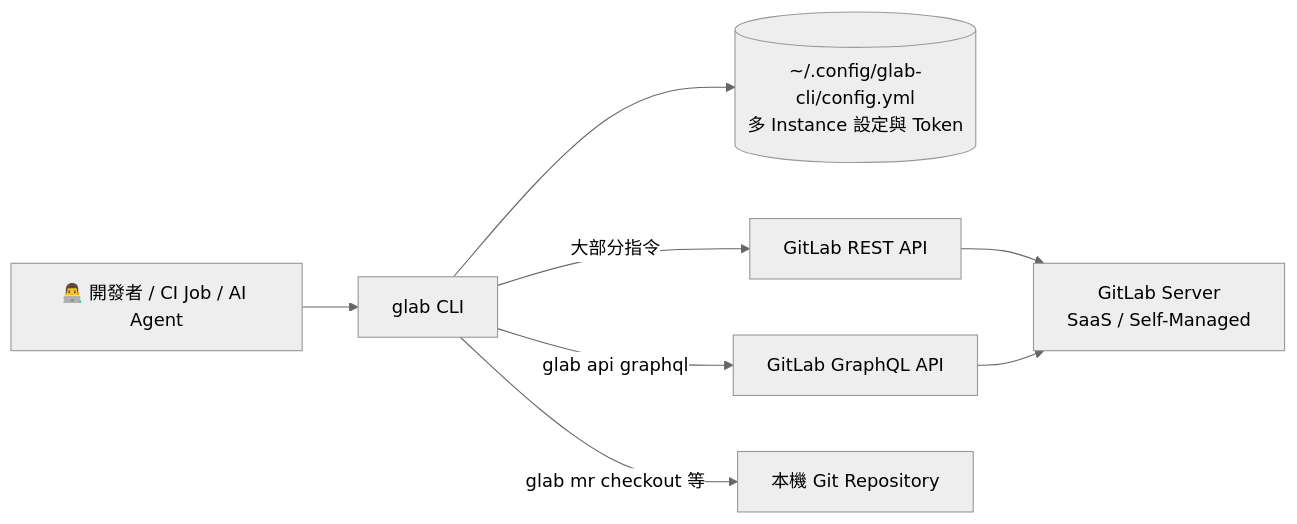
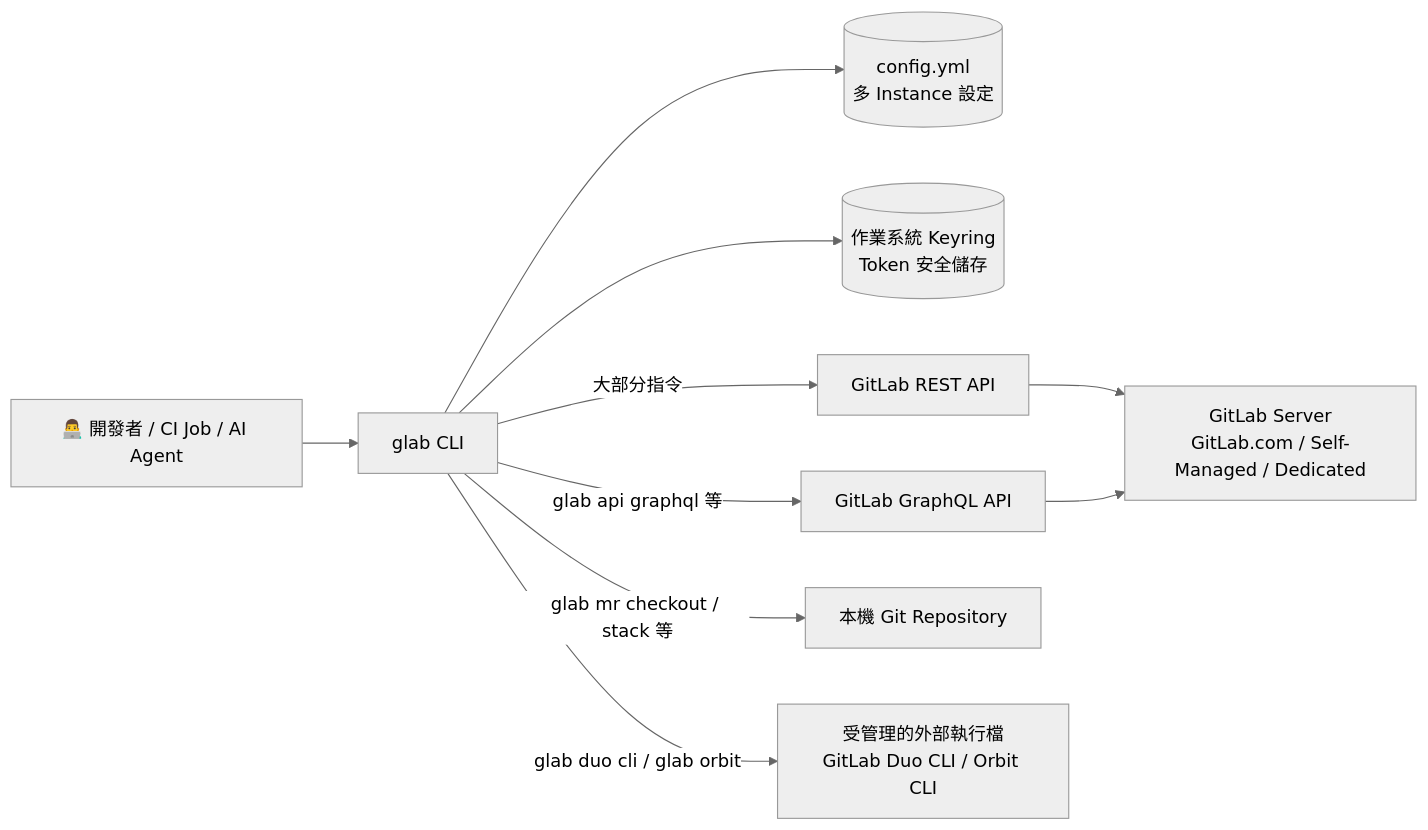
The seventh of 31 diagrams in content/posts/教學/工具/Gitlab and Gitlab cli 教學手冊.md (chihhung/Blog), drawn with Mermaid (neutral theme) before and after one commit. The commit also changed other lines of this file and 10 other files, not shown here.

````diff
--- a/content/posts/教學/工具/Gitlab and Gitlab cli 教學手冊.md
+++ b/content/posts/教學/工具/Gitlab and Gitlab cli 教學手冊.md
@@ -727,17 +982,21 @@
 ```mermaid
 flowchart LR
     User[👨‍💻 開發者 / CI Job / AI Agent]
     CLI[glab CLI]
-    Cfg[(~/.config/glab-cli/config.yml\n多 Instance 設定與 Token)]
+    Cfg[(config.yml\n多 Instance 設定)]
+    Keyring[(作業系統 Keyring\nToken 安全儲存)]
     REST[GitLab REST API]
     GQL[GitLab GraphQL API]
     Git[本機 Git Repository]
+    Bin[受管理的外部執行檔\nGitLab Duo CLI / Orbit CLI]
 
     User --> CLI
     CLI --> Cfg
+    CLI --> Keyring
     CLI -- 大部分指令 --> REST
-    CLI -- glab api graphql --> GQL
-    CLI -- glab mr checkout 等 --> Git
-    REST --> GitLabServer[GitLab Server\nSaaS / Self-Managed]
+    CLI -- glab api graphql 等 --> GQL
+    CLI -- glab mr checkout / stack 等 --> Git
+    CLI -- glab duo cli / glab orbit --> Bin
+    REST --> GitLabServer[GitLab Server\nGitLab.com / Self-Managed / Dedicated]
     GQL --> GitLabServer
 ```
````
